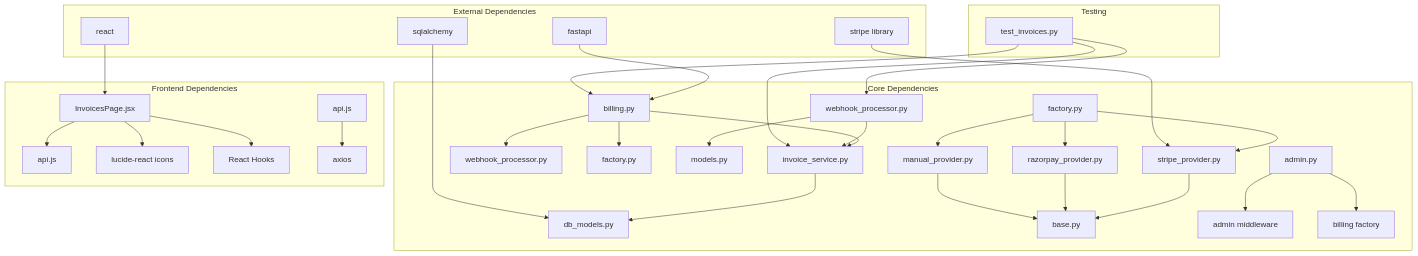
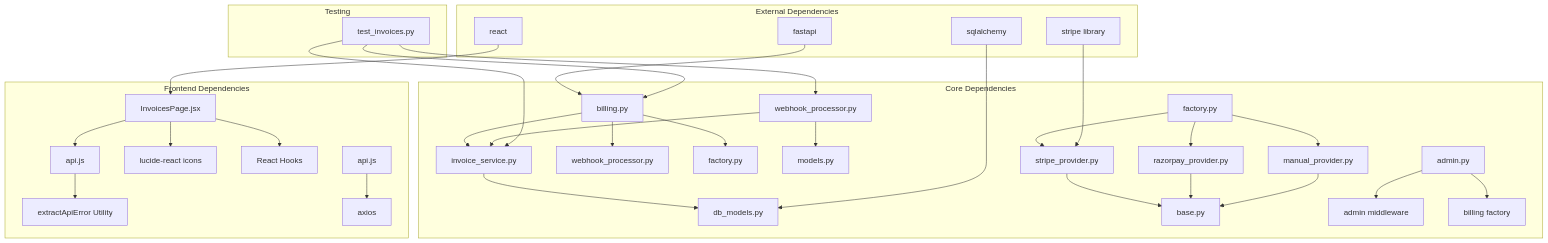
One commit to Revanththetalogics/aireume changed the ninth of 9 diagrams in .qoder/repowiki/en/content/Frontend Architecture/Invoice Management.md. Above: the diagram before and after it, drawn with Mermaid. The commit also changed other lines of this file and 9 other files, not shown here.

````diff
--- a/.qoder/repowiki/en/content/Frontend Architecture/Invoice Management.md
+++ b/.qoder/repowiki/en/content/Frontend Architecture/Invoice Management.md
@@ -377,36 +474,37 @@
 ```mermaid
 graph TB
 subgraph "Core Dependencies"
 A[invoice_service.py] --> B[db_models.py]
 C[billing.py] --> A
 C --> D[webhook_processor.py]
 C --> E[factory.py]
 F[webhook_processor.py] --> A
 F --> G[models.py]
 H[stripe_provider.py] --> I[base.py]
 J[razorpay_provider.py] --> I
 K[manual_provider.py] --> I
 L[factory.py] --> H
 L --> J
 L --> K
 M[admin.py] --> N[admin middleware]
 M --> O[billing factory]
 end
 subgraph "Frontend Dependencies"
 P[InvoicesPage.jsx] --> Q[api.js]
 P --> R[lucide-react icons]
 P --> S[React Hooks]
-T[api.js] --> U[axios]
+Q --> T[extractApiError Utility]
+U[api.js] --> V[axios]
 end
 subgraph "External Dependencies"
-V[stripe library] --> H
-W[sqlalchemy] --> B
-X[fastapi] --> C
-Y[react] --> P
+W[stripe library] --> H
+X[sqlalchemy] --> B
+Y[fastapi] --> C
+Z[react] --> P
 end
 subgraph "Testing"
-Z[test_invoices.py] --> A
-Z --> F
-Z --> C
+AA[test_invoices.py] --> A
+AA --> F
+AA --> C
 end
 ```
````
